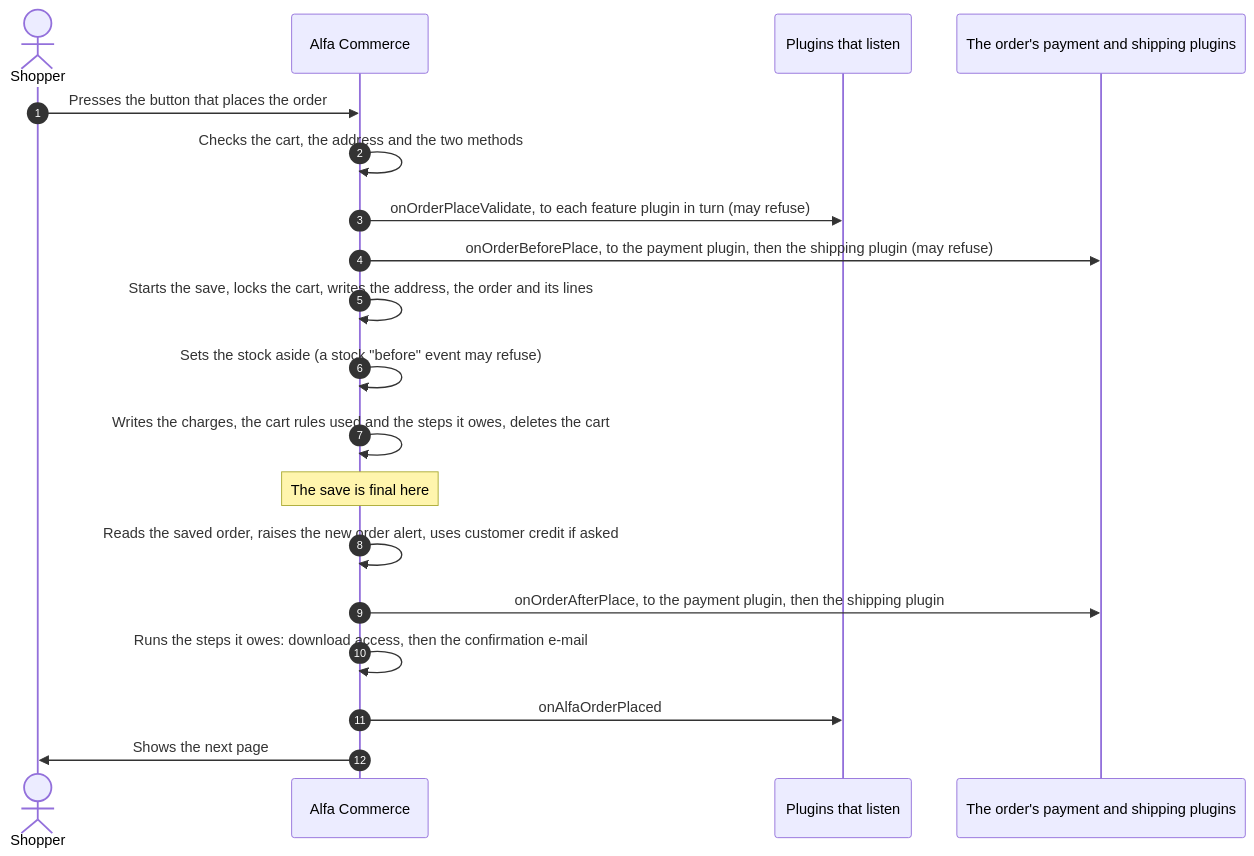
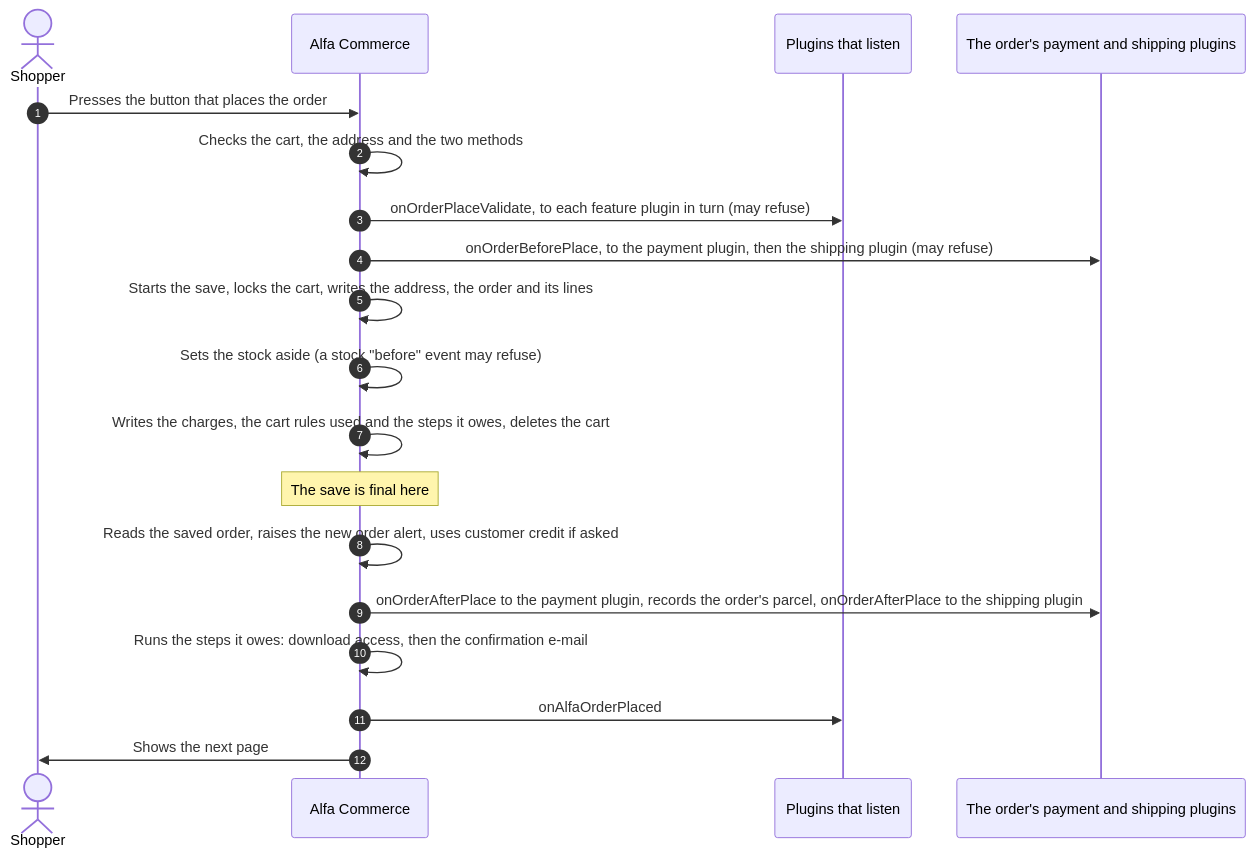
The diagram in docs/services/cart-and-checkout.md (Easylogic-CO-LP/Alfa-Commerce-Manual), drawn with Mermaid before and after one commit. The commit also changed other lines of this file, not shown here.

Commit message:
Cart and checkout, checked against the code: Alfa records the order's parcel and the shipping plugin completes it, the commit at line 549, the order builder's method lists, the fifth reason a line is unavailable

````diff
--- a/docs/services/cart-and-checkout.md
+++ b/docs/services/cart-and-checkout.md
@@ -303,21 +307,21 @@
 ```mermaid
 sequenceDiagram
     autonumber
     actor Shopper
     participant Alfa as Alfa Commerce
     participant L as Plugins that listen
     participant M as The order's payment and shipping plugins
     Shopper->>Alfa: Presses the button that places the order
     Alfa->>Alfa: Checks the cart, the address and the two methods
     Alfa->>L: onOrderPlaceValidate, to each feature plugin in turn (may refuse)
     Alfa->>M: onOrderBeforePlace, to the payment plugin, then the shipping plugin (may refuse)
     Alfa->>Alfa: Starts the save, locks the cart, writes the address, the order and its lines
     Alfa->>Alfa: Sets the stock aside (a stock "before" event may refuse)
     Alfa->>Alfa: Writes the charges, the cart rules used and the steps it owes, deletes the cart
     Note over Alfa: The save is final here
     Alfa->>Alfa: Reads the saved order, raises the new order alert, uses customer credit if asked
-    Alfa->>M: onOrderAfterPlace, to the payment plugin, then the shipping plugin
+    Alfa->>M: onOrderAfterPlace to the payment plugin, records the order's parcel, onOrderAfterPlace to the shipping plugin
     Alfa->>Alfa: Runs the steps it owes: download access, then the confirmation e-mail
     Alfa->>L: onAlfaOrderPlaced
     Alfa->>Shopper: Shows the next page
 ```
````
